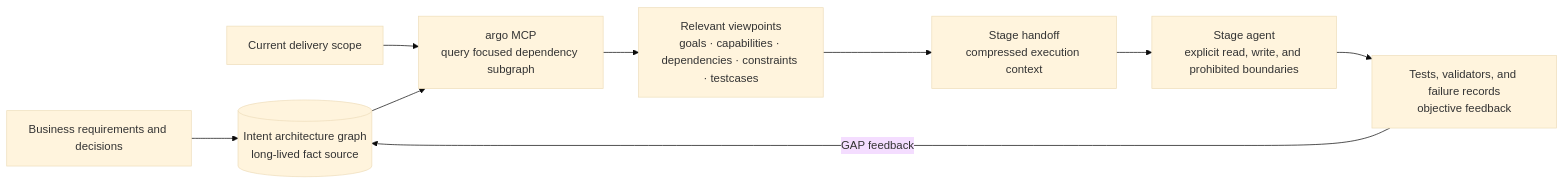
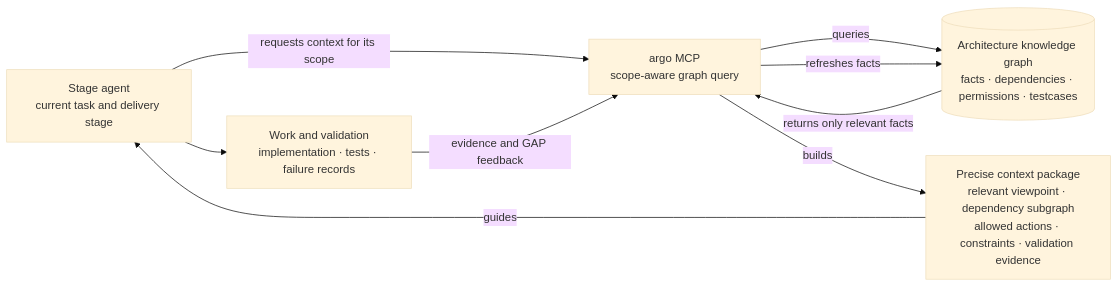
The second of 3 diagrams in README.md (derekhu0002/Argo), drawn with Mermaid (base theme) before and after one commit. The commit also changed other lines of this file, not shown here.

````diff
--- a/README.md
+++ b/README.md
@@ -38,11 +35,17 @@
 ```mermaid
 flowchart LR
-    I[Business requirements and decisions] --> G[(Intent architecture graph<br/>long-lived fact source)]
-    T[Current delivery scope] --> Q[argo MCP<br/>query focused dependency subgraph]
-    G --> Q
-    Q --> V[Relevant viewpoints<br/>goals · capabilities · dependencies · constraints · testcases]
-    V --> H[Stage handoff<br/>compressed execution context]
-    H --> A[Stage agent<br/>explicit read, write, and prohibited boundaries]
-    A --> E[Tests, validators, and failure records<br/>objective feedback]
-    E -->|GAP feedback| G
+    A[Stage agent<br/>current task and delivery stage]
+    M[argo MCP<br/>scope-aware graph query]
+    G[(Architecture knowledge graph<br/>facts · dependencies · permissions · testcases)]
+    P[Precise context package<br/>relevant viewpoint · dependency subgraph<br/>allowed actions · constraints · validation evidence]
+    W[Work and validation<br/>implementation · tests · failure records]
+
+    A -->|requests context for its scope| M
+    M -->|queries| G
+    G -->|returns only relevant facts| M
+    M -->|builds| P
+    P -->|guides| A
+    A --> W
+    W -->|evidence and GAP feedback| M
+    M -->|refreshes facts| G
 ```
````
